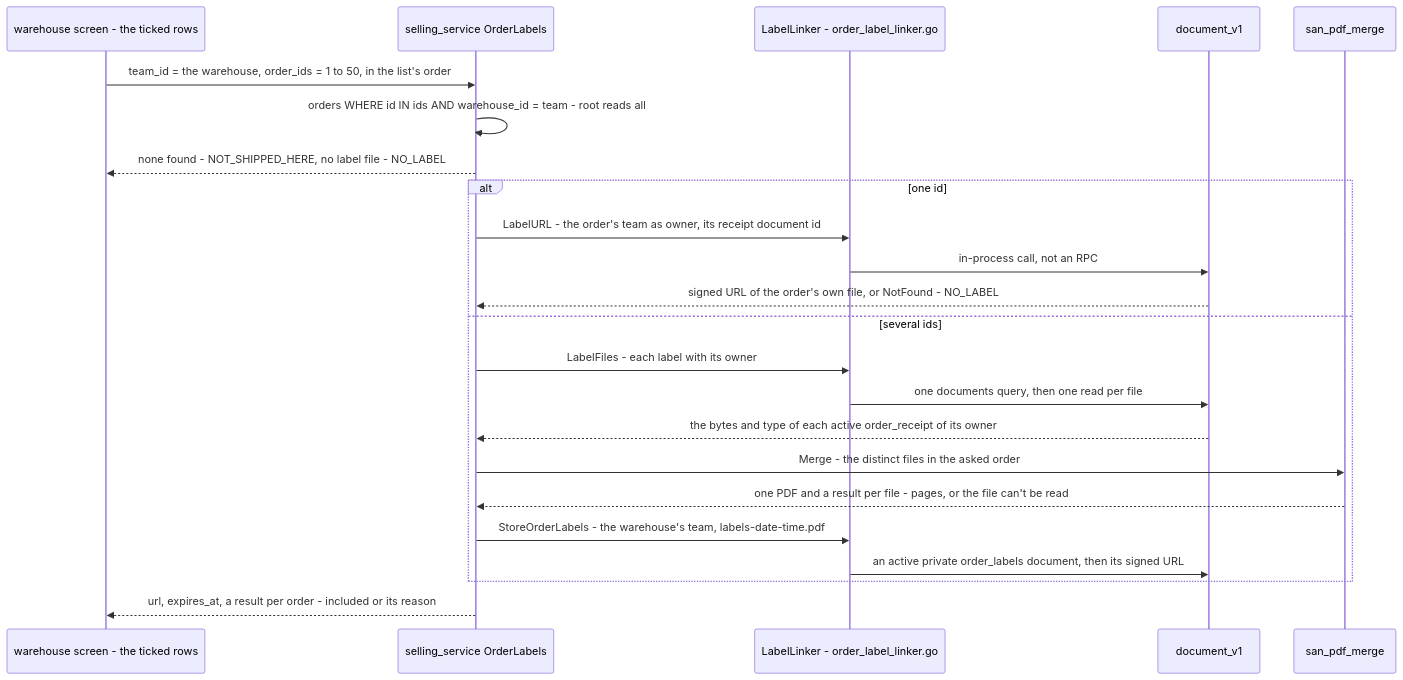
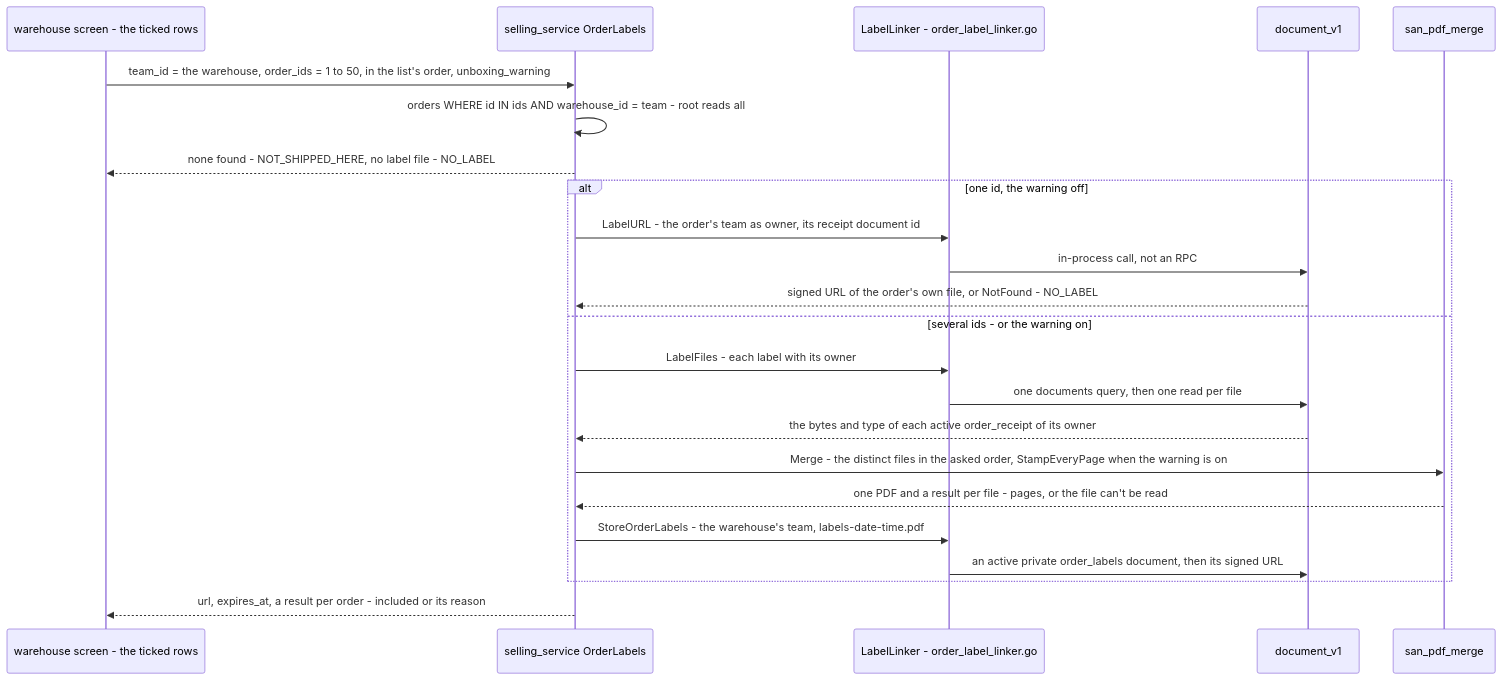
Before and after one commit to pdcgo/warehouse_revamp: diagram 31 of 36 in docs/services/selling_service/rpc.md, drawn with Mermaid. The commit also changed other lines of this file and 429 other files, not shown here.

````diff
--- a/docs/services/selling_service/rpc.md
+++ b/docs/services/selling_service/rpc.md
@@ -1448,25 +1509,25 @@
 ```mermaid
 sequenceDiagram
   participant W as warehouse screen - the ticked rows
   participant O as selling_service OrderLabels
   participant L as LabelLinker - order_label_linker.go
   participant D as document_v1
   participant M as san_pdf_merge
-  W->>O: team_id = the warehouse, order_ids = 1 to 50, in the list's order
+  W->>O: team_id = the warehouse, order_ids = 1 to 50, in the list's order, unboxing_warning
   O->>O: orders WHERE id IN ids AND warehouse_id = team - root reads all
   O-->>W: none found - NOT_SHIPPED_HERE, no label file - NO_LABEL
-  alt one id
+  alt one id, the warning off
     O->>L: LabelURL - the order's team as owner, its receipt document id
     L->>D: in-process call, not an RPC
     D-->>O: signed URL of the order's own file, or NotFound - NO_LABEL
-  else several ids
+  else several ids - or the warning on
     O->>L: LabelFiles - each label with its owner
     L->>D: one documents query, then one read per file
     D-->>O: the bytes and type of each active order_receipt of its owner
-    O->>M: Merge - the distinct files in the asked order
+    O->>M: Merge - the distinct files in the asked order, StampEveryPage when the warning is on
     M-->>O: one PDF and a result per file - pages, or the file can't be read
     O->>L: StoreOrderLabels - the warehouse's team, labels-date-time.pdf
     L->>D: an active private order_labels document, then its signed URL
   end
   O-->>W: url, expires_at, a result per order - included or its reason
 ```
````
